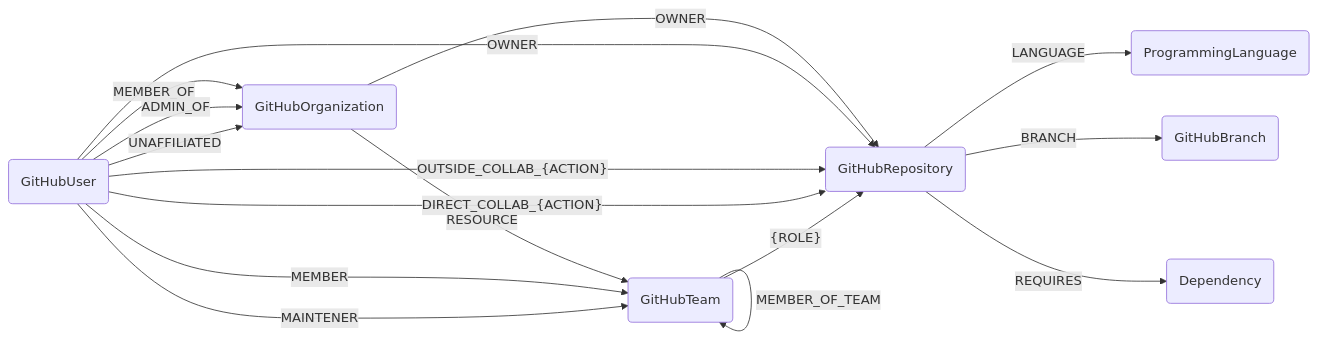
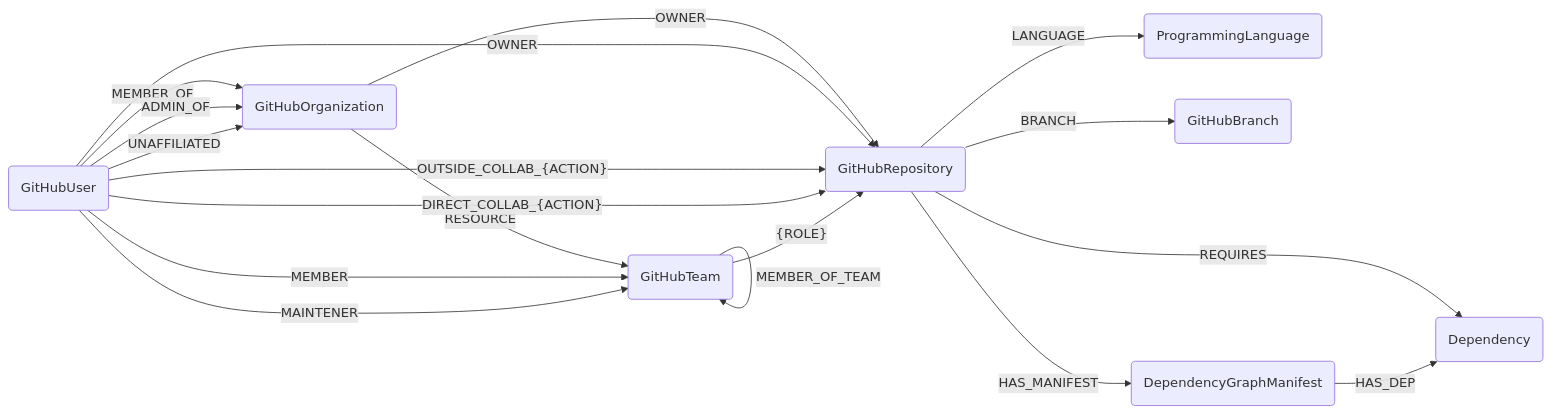
The diagram in docs/root/modules/github/schema.md (cartography-cncf/cartography), drawn with Mermaid before and after one commit. The commit also changed other lines of this file and 6 other files, not shown here.

Commit message:
Added Node for GraphDepManifest as well as rels between repo->manifest and manifest->dep

````diff
--- a/docs/root/modules/github/schema.md
+++ b/docs/root/modules/github/schema.md
@@ -3,19 +3,21 @@
 ```mermaid
 graph LR
 
 O(GitHubOrganization) -- OWNER --> R(GitHubRepository)
 O -- RESOURCE --> T(GitHubTeam)
 U(GitHubUser) -- MEMBER_OF --> O
 U -- ADMIN_OF --> O
 U -- UNAFFILIATED --> O
 U -- OWNER --> R
 U -- OUTSIDE_COLLAB_{ACTION} --> R
 U -- DIRECT_COLLAB_{ACTION} --> R
 R -- LANGUAGE --> L(ProgrammingLanguage)
 R -- BRANCH --> B(GitHubBranch)
 R -- REQUIRES --> D(Dependency)
+R -- HAS_MANIFEST --> M(DependencyGraphManifest)
+M -- HAS_DEP --> D
 T -- {ROLE} --> R
 T -- MEMBER_OF_TEAM --> T
 U -- MEMBER --> T
 U -- MAINTENER --> T
 ```
````
